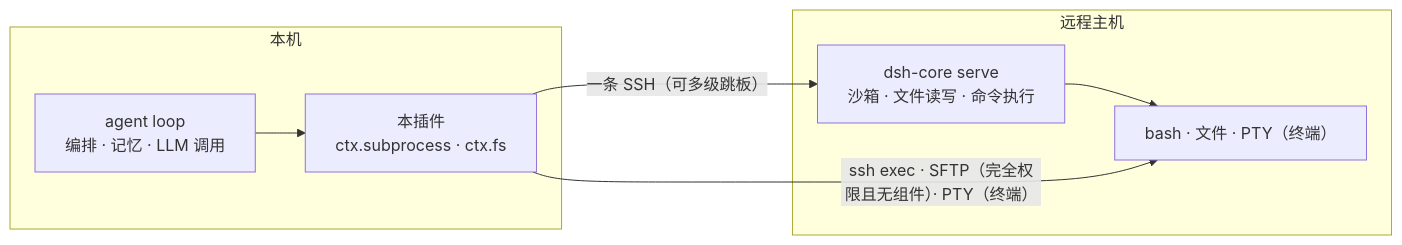
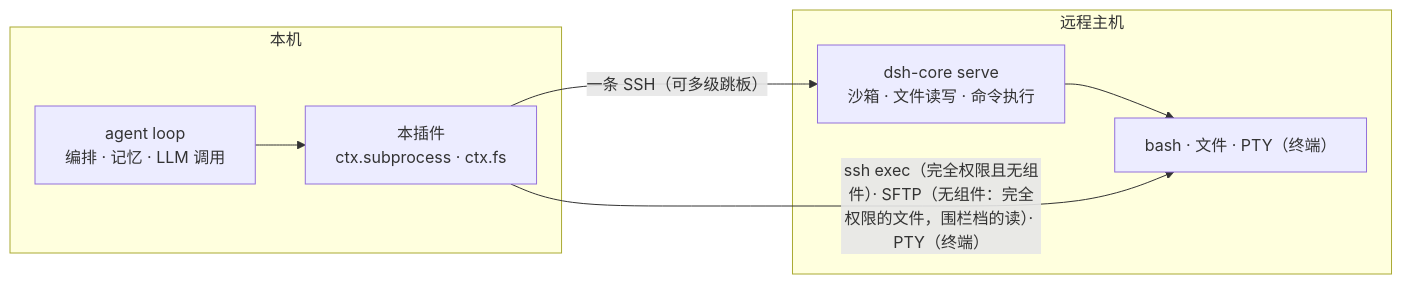
Before and after one commit to DobyChao/dsh-workspace-enhancement: the diagram in README.zh.md, drawn with Mermaid. The commit also changed other lines of this file and 3 other files, not shown here.

````diff
--- a/README.zh.md
+++ b/README.zh.md
@@ -26,13 +26,13 @@
 ```mermaid
 flowchart LR
     subgraph local["本机"]
         agent["agent loop<br/>编排 · 记忆 · LLM 调用"] --> seam["本插件<br/>ctx.subprocess · ctx.fs"]
     end
     subgraph remote["远程主机"]
         core["dsh-core serve<br/>沙箱 · 文件读写 · 命令执行"]
         run["bash · 文件 · PTY（终端）"]
         core --> run
     end
     seam -- "一条 SSH（可多级跳板）" --> core
-    seam -- "ssh exec · SFTP（完全权限且无组件）· PTY（终端）" --> run
+    seam -- "ssh exec（完全权限且无组件）· SFTP（无组件：完全权限的文件，围栏档的读）· PTY（终端）" --> run
 ```
````
